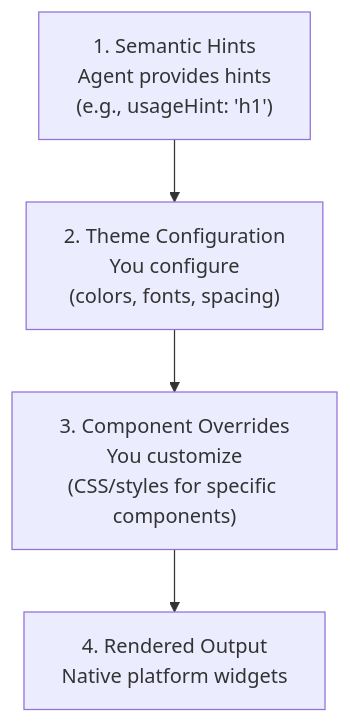
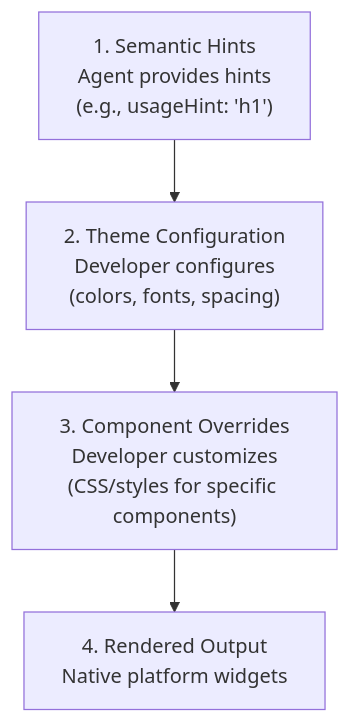
The diagram in docs/guides/theming.md (google/A2UI), drawn with Mermaid before and after one commit. The commit also changed other lines of this file and 34 other files, not shown here.

````diff
--- a/docs/guides/theming.md
+++ b/docs/guides/theming.md
@@ -23,9 +23,9 @@
 ```mermaid
 flowchart TD
     A["1. Semantic Hints<br/>Agent provides hints<br/>(e.g., usageHint: 'h1')"]
-    B["2. Theme Configuration<br/>You configure<br/>(colors, fonts, spacing)"]
-    C["3. Component Overrides<br/>You customize<br/>(CSS/styles for specific components)"]
+    B["2. Theme Configuration<br/>Developer configures<br/>(colors, fonts, spacing)"]
+    C["3. Component Overrides<br/>Developer customizes<br/>(CSS/styles for specific components)"]
     D["4. Rendered Output<br/>Native platform widgets"]
 
     A --> B --> C --> D
 ```
````
